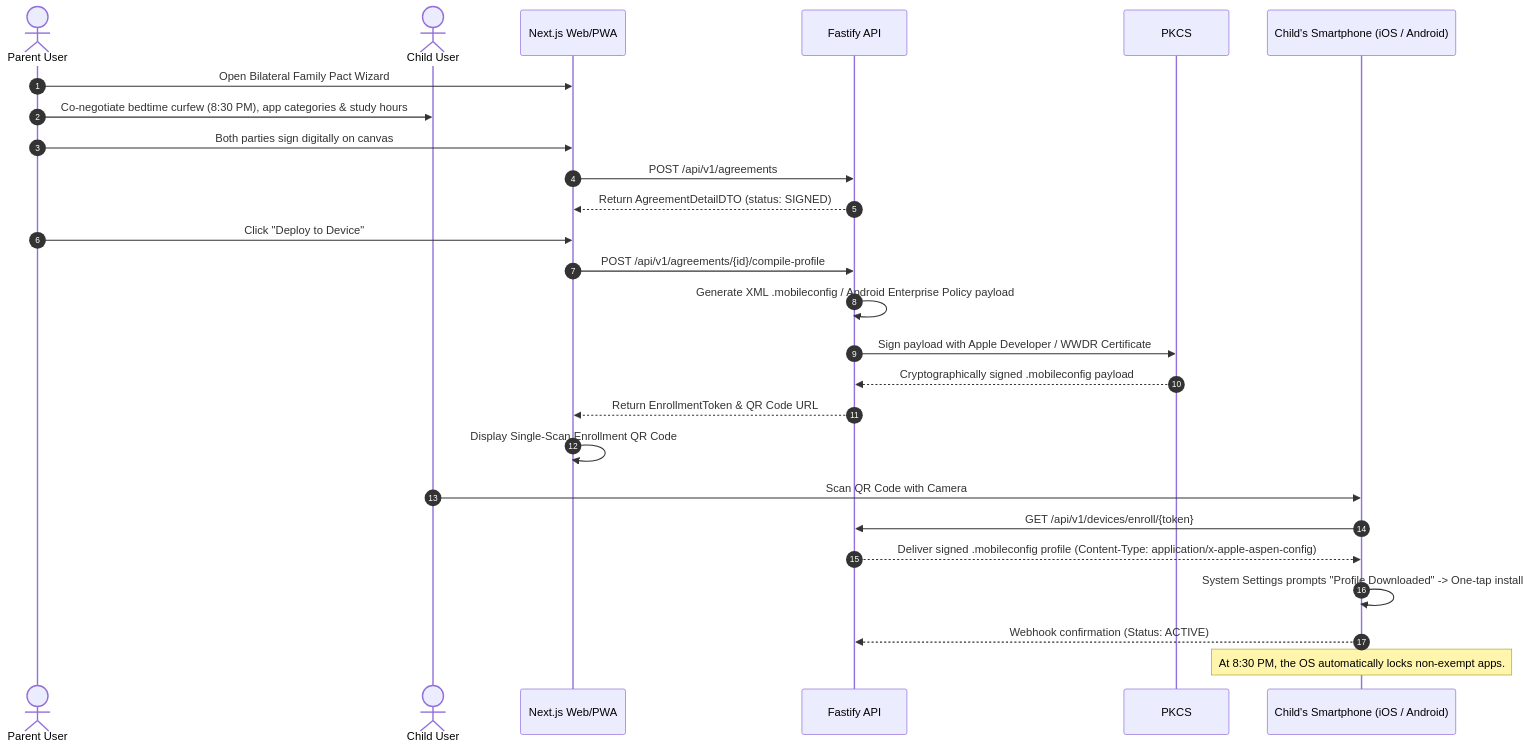
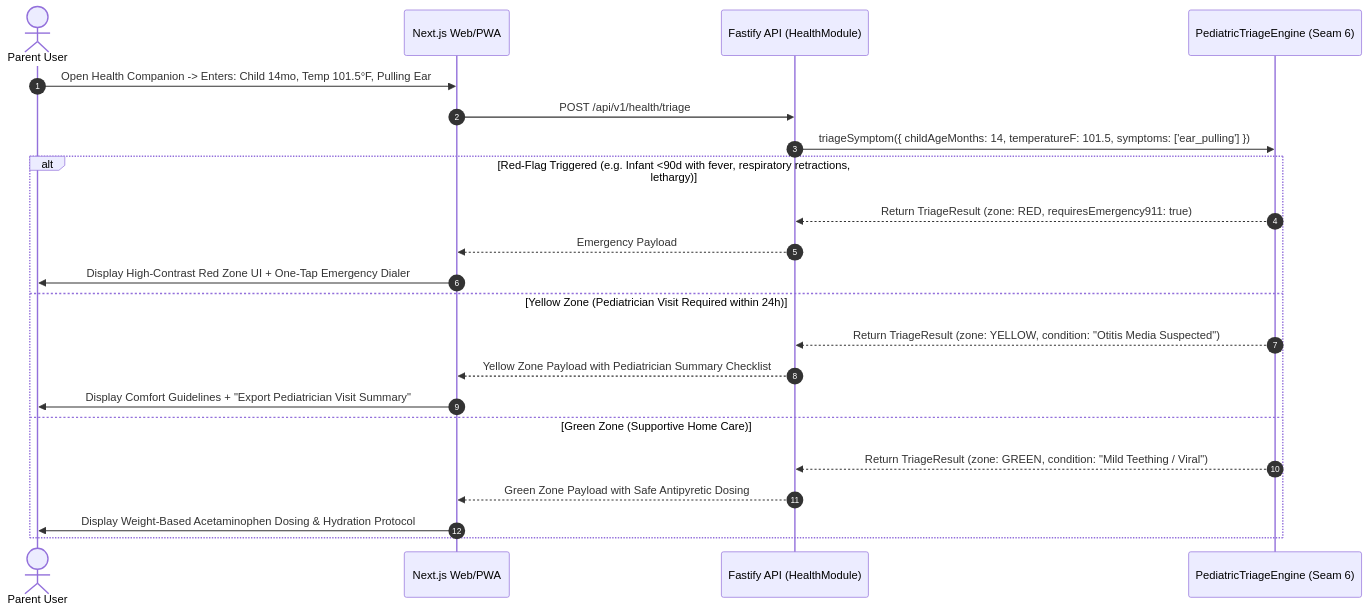
The third of 4 diagrams in docs/system-architecture.md (Souheil007/AlongSide), drawn with Mermaid before and after one commit. The commit also changed other lines of this file and 14 other files, not shown here.

````diff
--- a/docs/system-architecture.md
+++ b/docs/system-architecture.md
@@ -235,31 +277,26 @@
 ```mermaid
 sequenceDiagram
     autonumber
     actor Parent as Parent User
-    actor Child as Child User
     participant Web as Next.js Web/PWA
-    participant API as Fastify API
-    participant Signer as PKCS#7 Signing Service
-    participant ChildDevice as Child's Smartphone (iOS / Android)
+    participant API as Fastify API (HealthModule)
+    participant TriageEngine as PediatricTriageEngine (Seam 6)
 
-    Parent->>Web: Open Bilateral Family Pact Wizard
-    Parent->>Child: Co-negotiate bedtime curfew (8:30 PM), app categories & study hours
-    Parent->>Web: Both parties sign digitally on canvas
-    Web->>API: POST /api/v1/agreements
-    API-->>Web: Return AgreementDetailDTO (status: SIGNED)
-
-    Parent->>Web: Click "Deploy to Device"
-    Web->>API: POST /api/v1/agreements/{id}/compile-profile
-    API->>API: Generate XML .mobileconfig / Android Enterprise Policy payload
-    API->>Signer: Sign payload with Apple Developer / WWDR Certificate
-    Signer-->>API: Cryptographically signed .mobileconfig payload
-    API-->>Web: Return EnrollmentToken & QR Code URL
-
-    Web->>Web: Display Single-Scan Enrollment QR Code
-    Child->>ChildDevice: Scan QR Code with Camera
-    ChildDevice->>API: GET /api/v1/devices/enroll/{token}
-    API-->>ChildDevice: Deliver signed .mobileconfig profile (Content-Type: application/x-apple-aspen-config)
-    ChildDevice->>ChildDevice: System Settings prompts "Profile Downloaded" -> One-tap install
-    ChildDevice-->>API: Webhook confirmation (Status: ACTIVE)
-    Note over ChildDevice: At 8:30 PM, the OS automatically locks non-exempt apps.
+    Parent->>Web: Open Health Companion -> Enters: Child 14mo, Temp 101.5°F, Pulling Ear
+    Web->>API: POST /api/v1/health/triage
+    API->>TriageEngine: triageSymptom({ childAgeMonths: 14, temperatureF: 101.5, symptoms: ['ear_pulling'] })
+    
+    alt Red-Flag Triggered (e.g. Infant <90d with fever, respiratory retractions, lethargy)
+        TriageEngine-->>API: Return TriageResult (zone: RED, requiresEmergency911: true)
+        API-->>Web: Emergency Payload
+        Web->>Parent: Display High-Contrast Red Zone UI + One-Tap Emergency Dialer
+    else Yellow Zone (Pediatrician Visit Required within 24h)
+        TriageEngine-->>API: Return TriageResult (zone: YELLOW, condition: "Otitis Media Suspected")
+        API-->>Web: Yellow Zone Payload with Pediatrician Summary Checklist
+        Web->>Parent: Display Comfort Guidelines + "Export Pediatrician Visit Summary"
+    else Green Zone (Supportive Home Care)
+        TriageEngine-->>API: Return TriageResult (zone: GREEN, condition: "Mild Teething / Viral")
+        API-->>Web: Green Zone Payload with Safe Antipyretic Dosing
+        Web->>Parent: Display Weight-Based Acetaminophen Dosing & Hydration Protocol
+    end
 ```
````
